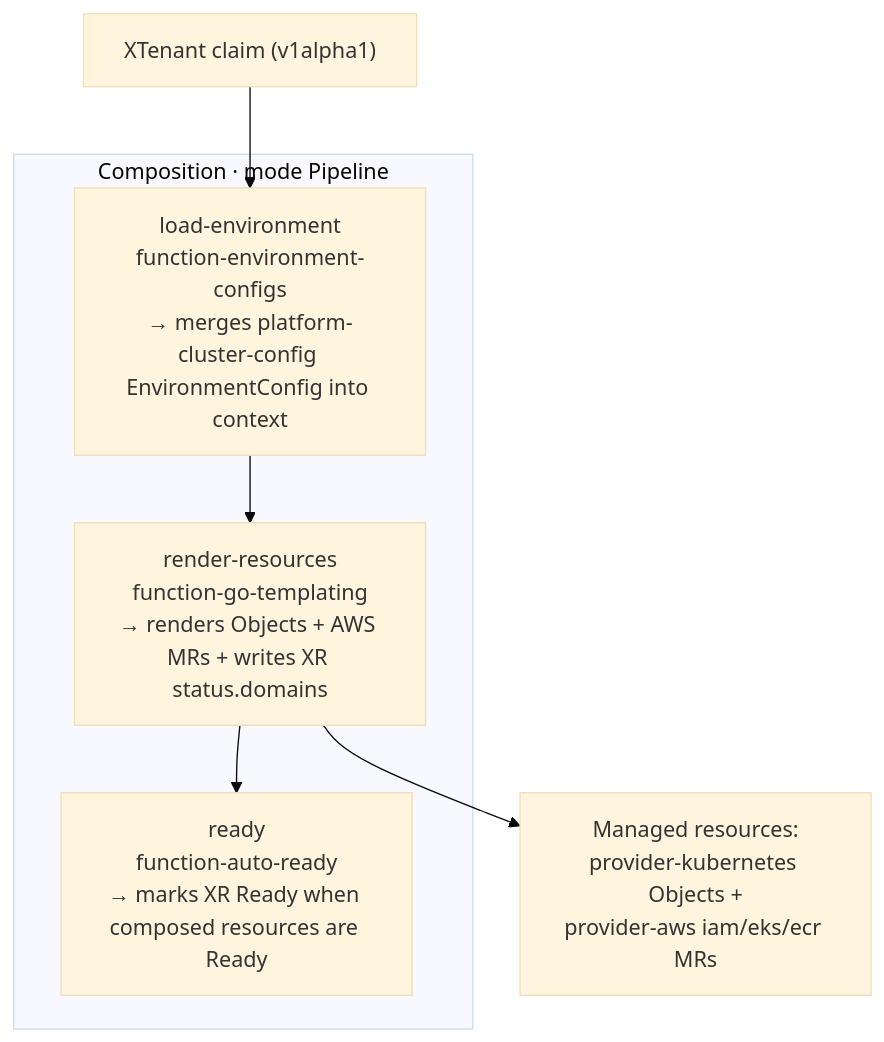
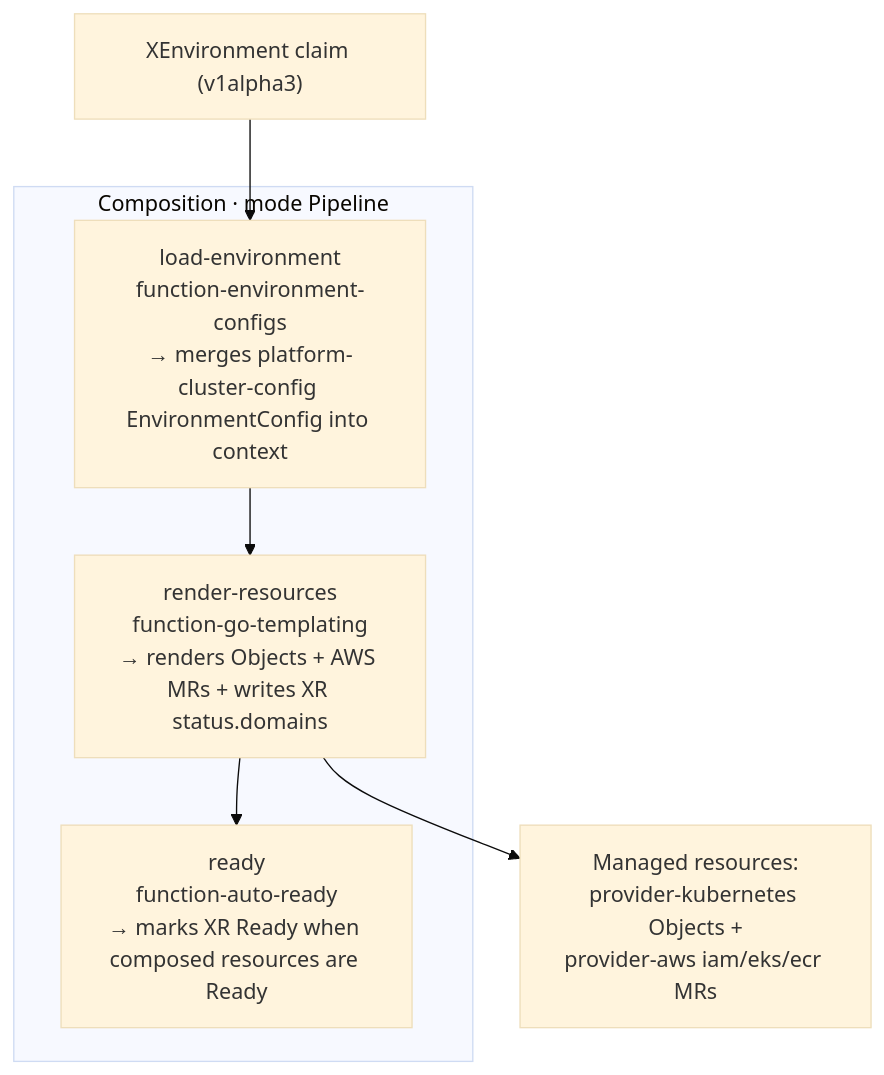
The diagram in docs/architecture/crossplane-composition-authoring.md (asanexample/platform), drawn with Mermaid (base theme) before and after one commit. The commit also changed other lines of this file and 34 other files, not shown here.

````diff
--- a/docs/architecture/crossplane-composition-authoring.md
+++ b/docs/architecture/crossplane-composition-authoring.md
@@ -36,11 +43,11 @@
 ```mermaid
 flowchart TD
-    XR["XTenant claim (v1alpha1)"] --> S1
+    XR["XEnvironment claim (v1alpha3)"] --> S1
     subgraph Pipeline["Composition · mode Pipeline"]
         S1["load-environment<br/>function-environment-configs<br/>→ merges platform-cluster-config EnvironmentConfig into context"]
         S2["render-resources<br/>function-go-templating<br/>→ renders Objects + AWS MRs + writes XR status.domains"]
         S3["ready<br/>function-auto-ready<br/>→ marks XR Ready when composed resources are Ready"]
         S1 --> S2 --> S3
     end
     S2 --> MR["Managed resources:<br/>provider-kubernetes Objects +<br/>provider-aws iam/eks/ecr MRs"]
 ```
````
